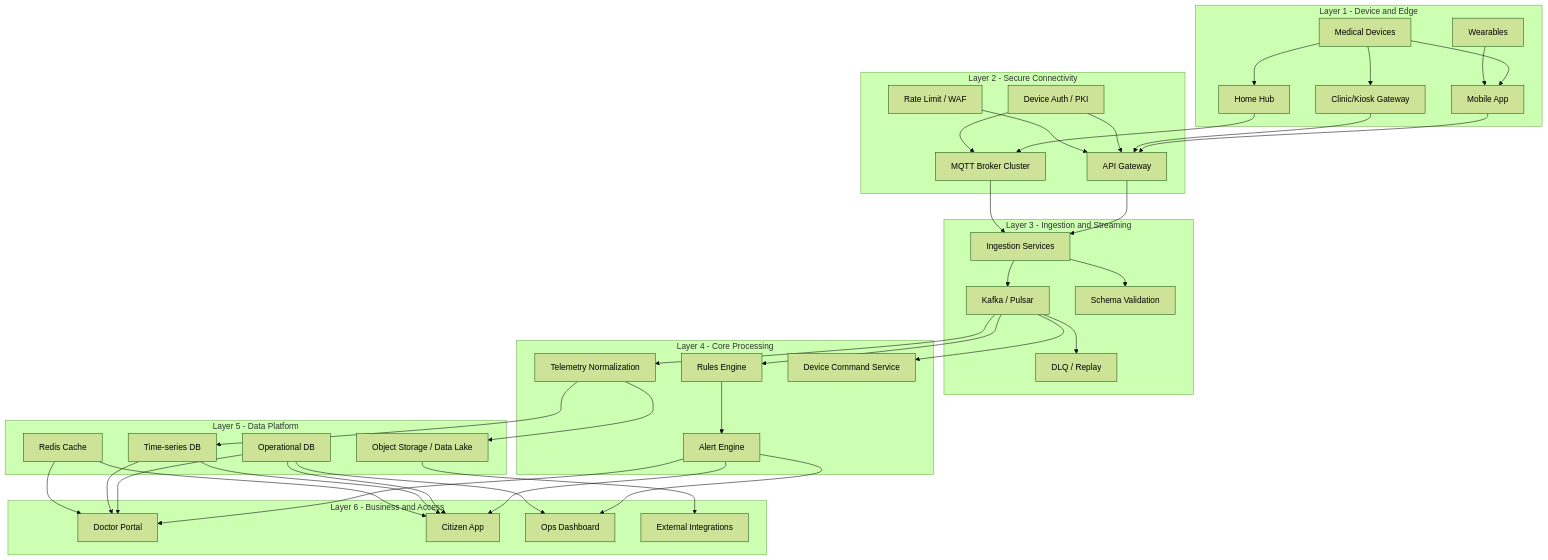
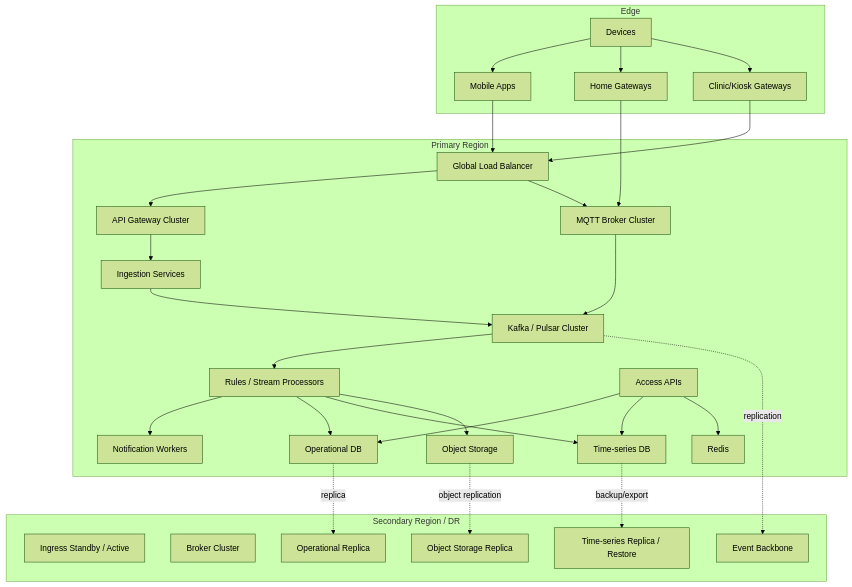
The fourth of 5 diagrams in 03_iomt_kien_truc_kham_suc_khoe_quy_mo_lon.md (vitconhamchoi/Data-governance), drawn with Mermaid (forest theme) before and after one commit. The commit also changed other lines of this file, not shown here.

Commit message:
docs: rewrite IoMT architecture at solution architecture depth

````diff
--- a/03_iomt_kien_truc_kham_suc_khoe_quy_mo_lon.md
+++ b/03_iomt_kien_truc_kham_suc_khoe_quy_mo_lon.md
@@ -244,83 +345,58 @@
 ```mermaid
 flowchart TD
-    subgraph L1[Layer 1 - Device and Edge]
-        A1[Medical Devices]
-        A2[Wearables]
-        A3[Mobile App]
-        A4[Home Hub]
-        A5[Clinic/Kiosk Gateway]
+    subgraph Edge[Edge]
+        D1[Devices]
+        D2[Mobile Apps]
+        D3[Home Gateways]
+        D4[Clinic/Kiosk Gateways]
     end
 
-    subgraph L2[Layer 2 - Secure Connectivity]
-        B1[API Gateway]
-        B2[MQTT Broker Cluster]
-        B3[Device Auth / PKI]
-        B4[Rate Limit / WAF]
+    subgraph RegionA[Primary Region]
+        A1[Global Load Balancer]
+        A2[API Gateway Cluster]
+        A3[MQTT Broker Cluster]
+        A4[Ingestion Services]
+        A5[Kafka / Pulsar Cluster]
+        A6[Rules / Stream Processors]
+        A7[Notification Workers]
+        A8[Operational DB]
+        A9[Time-series DB]
+        A10[Redis]
+        A11[Object Storage]
+        A12[Access APIs]
     end
 
-    subgraph L3[Layer 3 - Ingestion and Streaming]
-        C1[Ingestion Services]
-        C2[Kafka / Pulsar]
-        C3[Schema Validation]
-        C4[DLQ / Replay]
+    subgraph RegionB[Secondary Region / DR]
+        B1[Ingress Standby / Active]
+        B2[Broker Cluster]
+        B3[Event Backbone]
+        B4[Operational Replica]
+        B5[Time-series Replica / Restore]
+        B6[Object Storage Replica]
     end
 
-    subgraph L4[Layer 4 - Core Processing]
-        D1[Telemetry Normalization]
-        D2[Rules Engine]
-        D3[Alert Engine]
-        D4[Device Command Service]
-    end
+    D1 --> D2
+    D1 --> D3
+    D1 --> D4
+    D2 --> A1
+    D3 --> A3
+    D4 --> A1
 
-    subgraph L5[Layer 5 - Data Platform]
-        E1[Operational DB]
-        E2[Time-series DB]
-        E3[Redis Cache]
-        E4[Object Storage / Data Lake]
-    end
+    A1 --> A2
+    A1 --> A3
+    A2 --> A4 --> A5
+    A3 --> A5
+    A5 --> A6
+    A6 --> A7
+    A6 --> A8
+    A6 --> A9
+    A6 --> A11
+    A12 --> A8
+    A12 --> A9
+    A12 --> A10
 
-    subgraph L6[Layer 6 - Business and Access]
-        F1[Doctor Portal]
-        F2[Citizen App]
-        F3[Ops Dashboard]
-        F4[External Integrations]
-    end
-
-    A1 --> A3
-    A1 --> A4
-    A1 --> A5
-    A2 --> A3
-
-    A3 --> B1
-    A4 --> B2
-    A5 --> B1
-
-    B1 --> C1
-    B2 --> C1
-    B3 --> B1
-    B3 --> B2
-    B4 --> B1
-
-    C1 --> C2
-    C1 --> C3
-    C2 --> D1
-    C2 --> D2
-    C2 --> D4
-    C2 --> C4
-
-    D1 --> E2
-    D1 --> E4
-    D2 --> D3
-    D3 --> F1
-    D3 --> F2
-    D3 --> F3
-
-    E1 --> F1
-    E1 --> F2
-    E1 --> F3
-    E2 --> F1
-    E2 --> F2
-    E3 --> F1
-    E3 --> F2
-    E4 --> F4
+    A5 -. replication .-> B3
+    A8 -. replica .-> B4
+    A9 -. backup/export .-> B5
+    A11 -. object replication .-> B6
 ```
````
